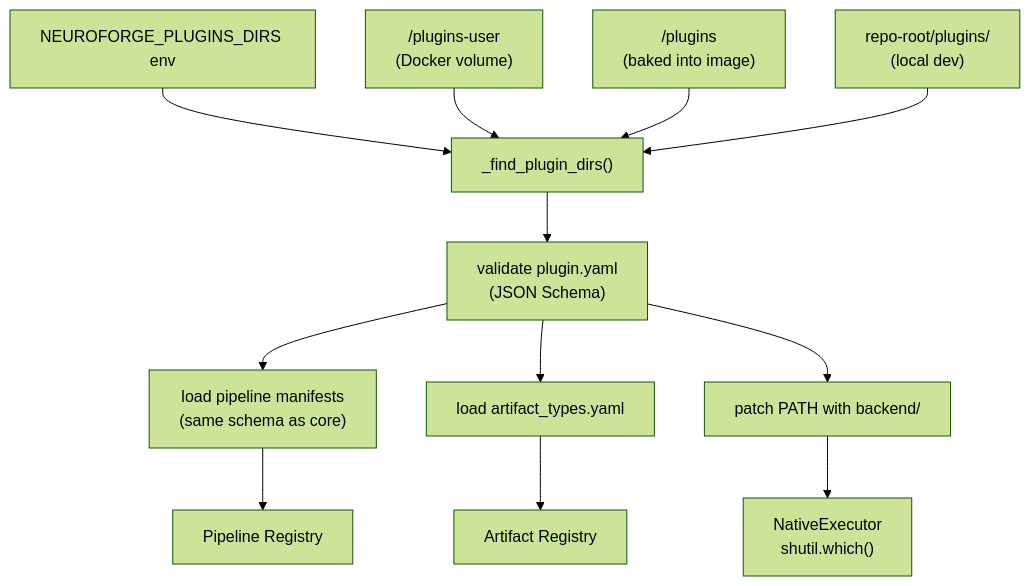
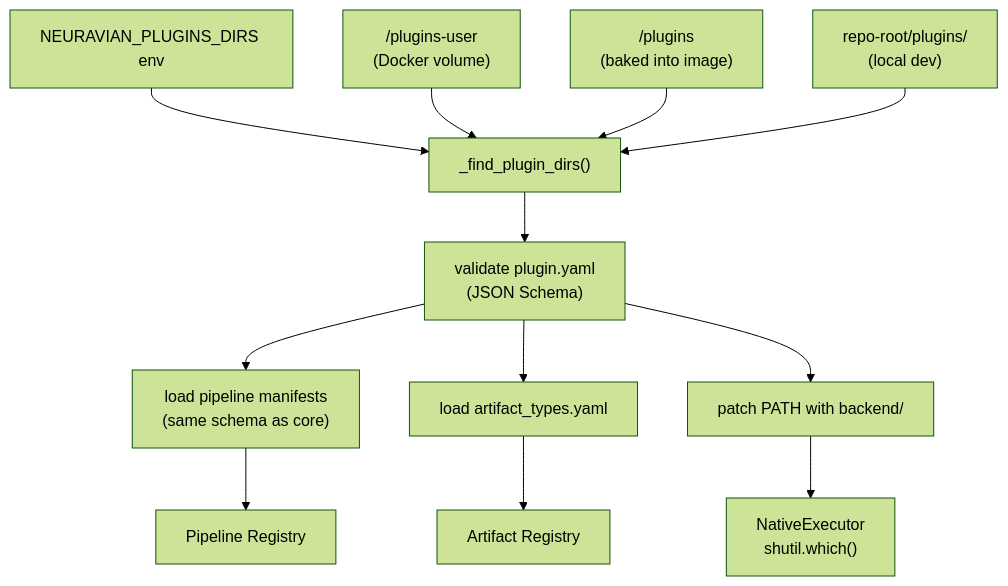
Before and after one commit to SadhanaArivoli/neuravian: the fifth of 7 diagrams in docs/architecture.md, drawn with Mermaid (forest theme). The commit also changed other lines of this file and 397 other files, not shown here.

````diff
--- a/docs/architecture.md
+++ b/docs/architecture.md
@@ -152,16 +154,16 @@
 ```mermaid
 flowchart TD
-    ENV["NEUROFORGE_PLUGINS_DIRS env"] --> D
+    ENV["NEURAVIAN_PLUGINS_DIRS env"] --> D
     PU["/plugins-user\n(Docker volume)"] --> D
     PC["/plugins\n(baked into image)"] --> D
     LP["repo-root/plugins/\n(local dev)"] --> D
 
     D["_find_plugin_dirs()"]
     D --> V["validate plugin.yaml\n(JSON Schema)"]
     V --> PM["load pipeline manifests\n(same schema as core)"]
     V --> AT["load artifact_types.yaml"]
     V --> PP["patch PATH with backend/"]
     PM --> R["Pipeline Registry"]
     AT --> AR["Artifact Registry"]
     PP --> NE["NativeExecutor\nshutil.which()"]
 ```
````
